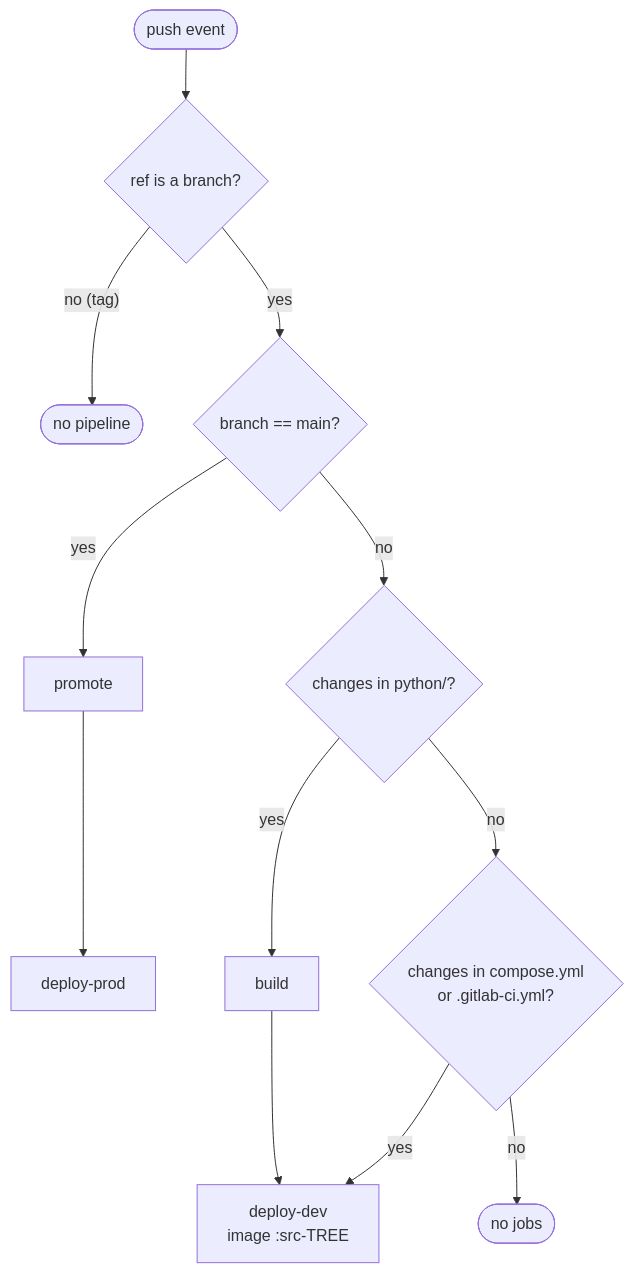
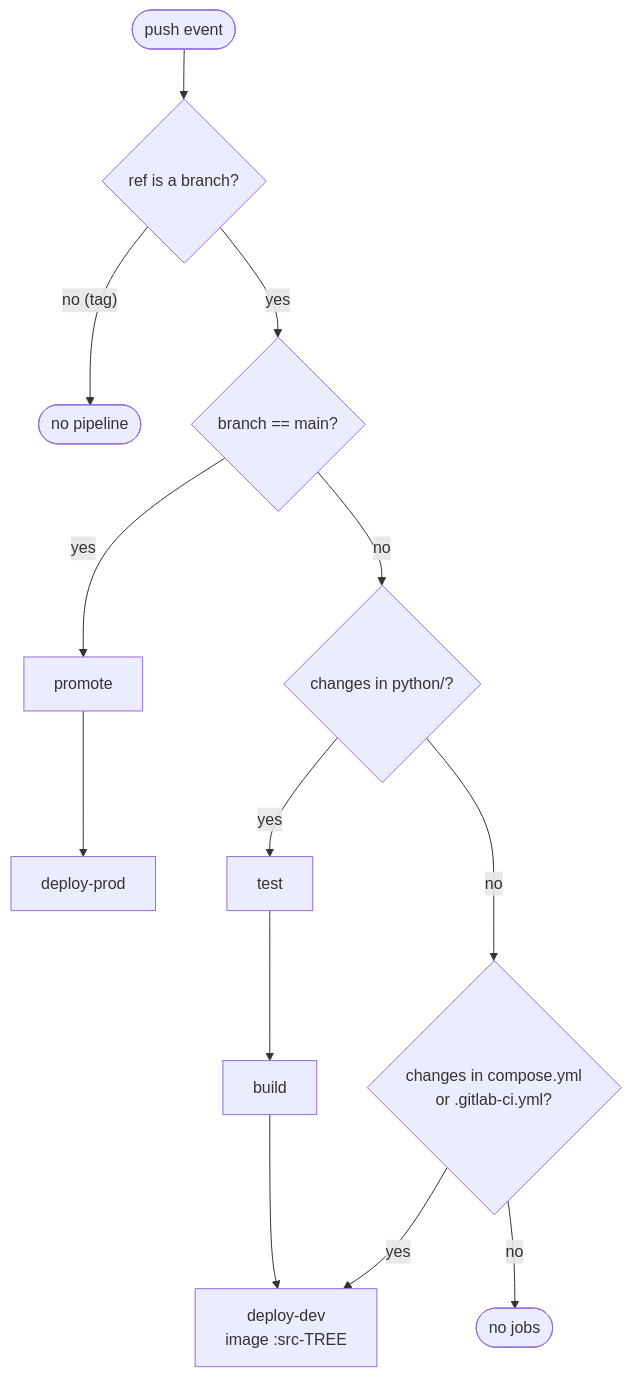
One commit to Tsuyakashi/bsuir-ci changed the third of 5 diagrams in README.md. Above: the diagram before and after it, drawn with Mermaid. The commit also changed other lines of this file and 1 other file, not shown here.

Commit message:
run tests before build, document test stage

````diff
--- a/README.md
+++ b/README.md
@@ -106,12 +108,12 @@
 ```mermaid
 flowchart TD
     push([push event]) --> branch{"ref is a branch?"}
     branch -- "no (tag)" --> skip([no pipeline])
     branch -- yes --> main{"branch == main?"}
     main -- yes --> promote[promote] --> prod[deploy-prod]
     main -- no --> py{"changes in python/?"}
-    py -- yes --> build[build] --> devdeploy["deploy-dev<br/>image :src-TREE"]
+    py -- yes --> test[test] --> build[build] --> devdeploy["deploy-dev<br/>image :src-TREE"]
     py -- no --> cfg{"changes in compose.yml<br/>or .gitlab-ci.yml?"}
     cfg -- yes --> devdeploy
     cfg -- no --> skip2([no jobs])
 ```
````
